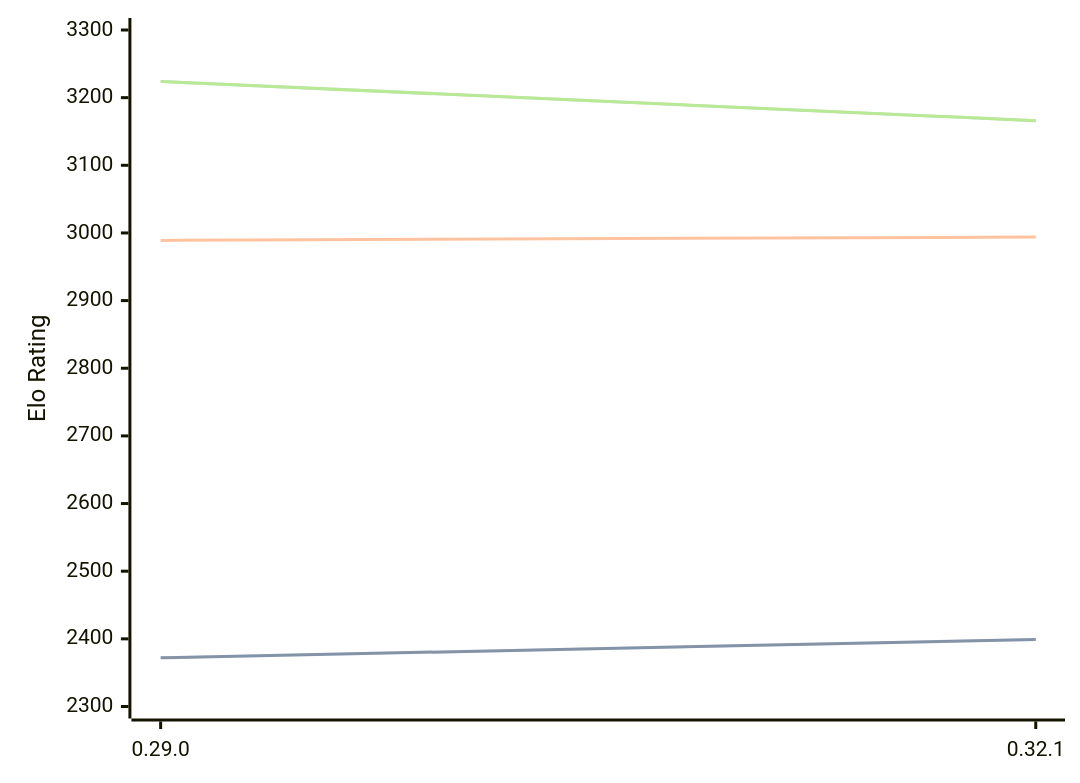
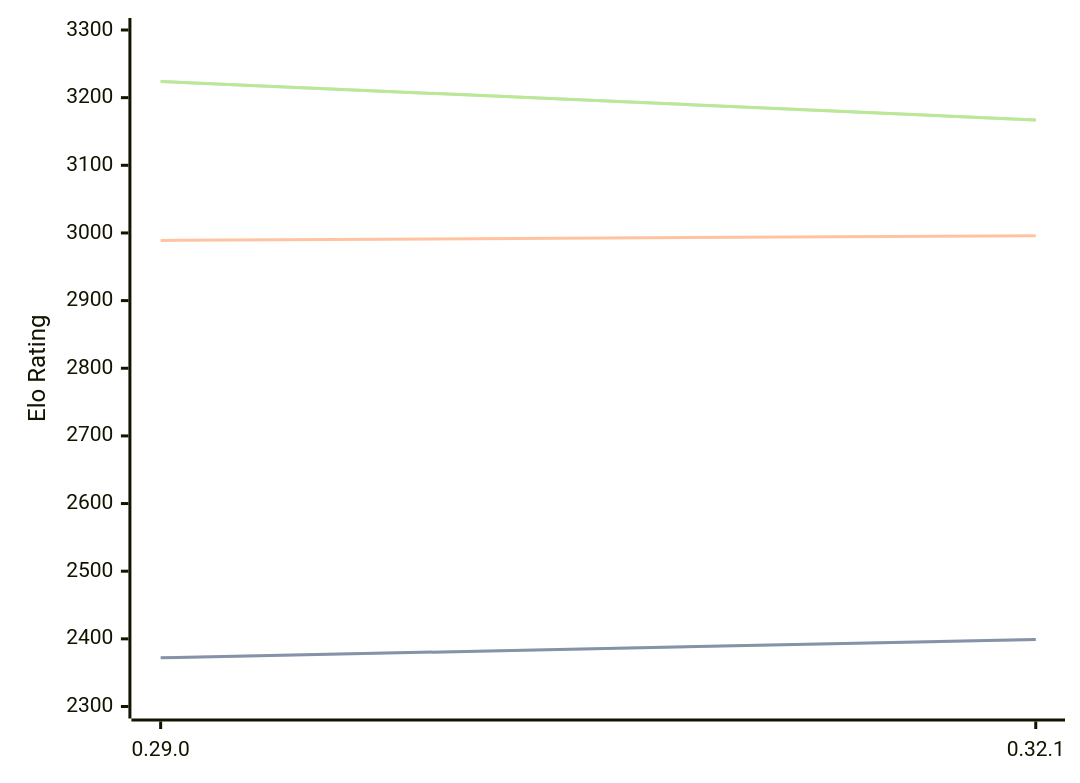
One commit to computer-chess-index/cci changed the diagram in engines/Lc0.md. Above: the diagram before and after it, drawn with Mermaid. The commit also changed other lines of this file, not shown here.

Commit message:
Update CCI Ratings (ELO VLTC) - 2026-08-20

````diff
--- a/engines/Lc0.md
+++ b/engines/Lc0.md
@@ -32,11 +32,11 @@
 ```mermaid
 %%{init: {"theme":"base","themeVariables":{"seriesColors:['#a3a3a3','#222221','#faa371']}}}%%
 xychart-beta
   x-axis ["0.29.0", "0.32.1"]
   y-axis "Elo Rating" 2300 --> 3300
   line "STC (8.0+0.08s)" [2372, 2399]
   line "STC (8.0+0.08s)" [2372, 2399]
-  line "LTC (60.0+0.60s)" [2989, 2994]
-  line "VLTC (2m24s+1.12s)" [3224, 3166]
-  line "VLTC (2m24s+1.12s)" [3224, 3166]
+  line "LTC (60.0+0.60s)" [2989, 2996]
+  line "VLTC (2m24s+1.12s)" [3224, 3167]
+  line "VLTC (2m24s+1.12s)" [3224, 3167]
 ```
````
